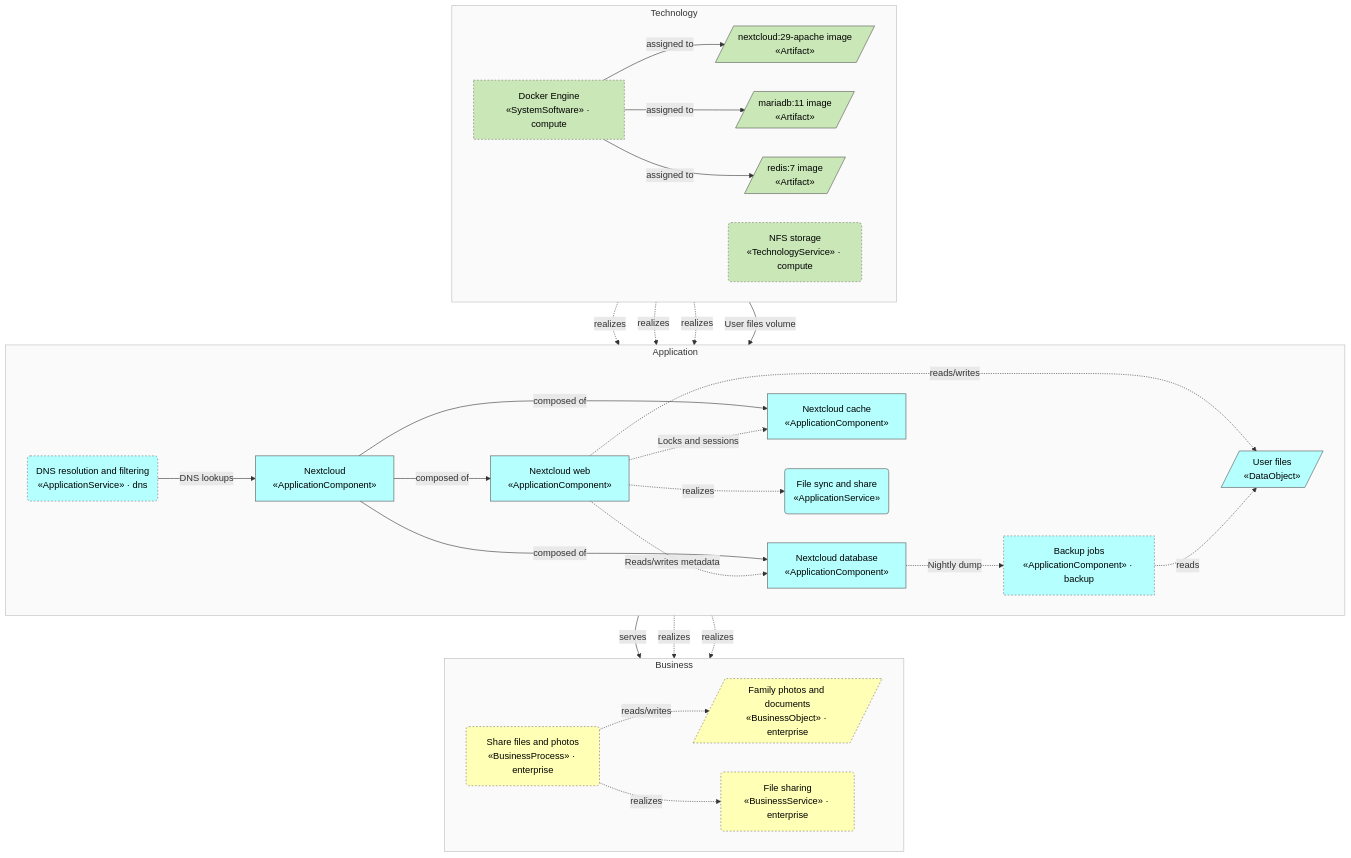
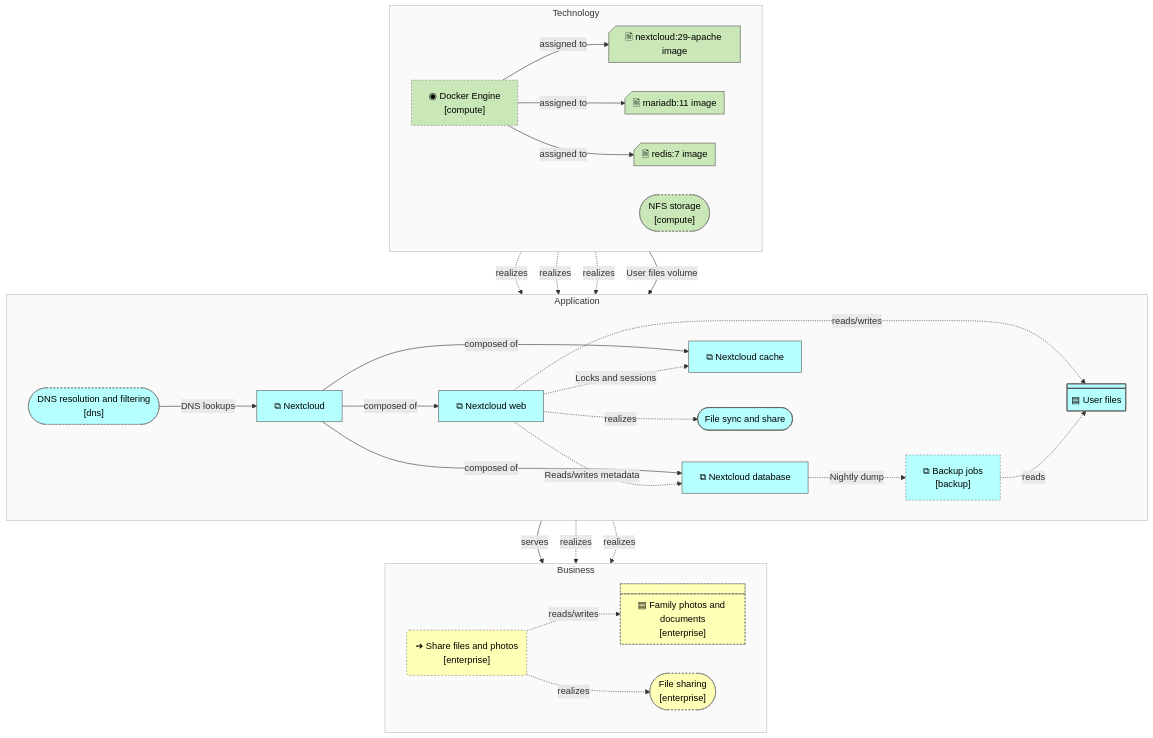
One commit to b-zig/a4m changed the second of 3 diagrams in docs/nextcloud/view-layered.md. Above: the diagram before and after it, drawn with Mermaid. The commit also changed other lines of this file and 15 other files, not shown here.

First line of the commit message:
Approximate ArchiMate notation in Mermaid flowcharts

````diff
--- a/docs/nextcloud/view-layered.md
+++ b/docs/nextcloud/view-layered.md
@@ -81,61 +83,61 @@
 ```mermaid
 flowchart TB
   subgraph layer_business["Business"]
     direction LR
-    enterprise__bus_obj_photos[/"Family photos and documents<br/>«BusinessObject» · enterprise"/]
-    enterprise__bus_proc_share("Share files and photos<br/>«BusinessProcess» · enterprise")
-    enterprise__bus_svc_file_sharing("File sharing<br/>«BusinessService» · enterprise")
+    enterprise__bus_obj_photos@{ shape: div-rect, label: "▤ Family photos and documents<br/>[enterprise]" }
+    enterprise__bus_proc_share@{ shape: rounded, label: "➔ Share files and photos<br/>[enterprise]" }
+    enterprise__bus_svc_file_sharing@{ shape: stadium, label: "File sharing<br/>[enterprise]" }
   end
   subgraph layer_application["Application"]
     direction LR
-    app_nextcloud["Nextcloud<br/>«ApplicationComponent»"]
-    app_nextcloud_web["Nextcloud web<br/>«ApplicationComponent»"]
-    app_nextcloud_db["Nextcloud database<br/>«ApplicationComponent»"]
-    app_nextcloud_cache["Nextcloud cache<br/>«ApplicationComponent»"]
-    app_svc_file_sync("File sync and share<br/>«ApplicationService»")
-    app_data_files[/"User files<br/>«DataObject»"/]
-    backup__app_backup["Backup jobs<br/>«ApplicationComponent» · backup"]
-    dns__app_svc_dns("DNS resolution and filtering<br/>«ApplicationService» · dns")
+    app_nextcloud@{ shape: rect, label: "⧉ Nextcloud" }
+    app_nextcloud_web@{ shape: rect, label: "⧉ Nextcloud web" }
+    app_nextcloud_db@{ shape: rect, label: "⧉ Nextcloud database" }
+    app_nextcloud_cache@{ shape: rect, label: "⧉ Nextcloud cache" }
+    app_svc_file_sync@{ shape: stadium, label: "File sync and share" }
+    app_data_files@{ shape: div-rect, label: "▤ User files" }
+    backup__app_backup@{ shape: rect, label: "⧉ Backup jobs<br/>[backup]" }
+    dns__app_svc_dns@{ shape: stadium, label: "DNS resolution and filtering<br/>[dns]" }
   end
   subgraph layer_technology["Technology"]
     direction LR
-    tech_art_nextcloud[/"nextcloud:29-apache image<br/>«Artifact»"/]
-    tech_art_mariadb[/"mariadb:11 image<br/>«Artifact»"/]
-    tech_art_redis[/"redis:7 image<br/>«Artifact»"/]
-    compute__tech_docker["Docker Engine<br/>«SystemSoftware» · compute"]
-    compute__tech_svc_nfs("NFS storage<br/>«TechnologyService» · compute")
+    tech_art_nextcloud@{ shape: notch-rect, label: "🗎 nextcloud:29-apache image" }
+    tech_art_mariadb@{ shape: notch-rect, label: "🗎 mariadb:11 image" }
+    tech_art_redis@{ shape: notch-rect, label: "🗎 redis:7 image" }
+    compute__tech_docker@{ shape: rect, label: "◉ Docker Engine<br/>[compute]" }
+    compute__tech_svc_nfs@{ shape: stadium, label: "NFS storage<br/>[compute]" }
   end
   app_nextcloud -->|"composed of"| app_nextcloud_web
   app_nextcloud -->|"composed of"| app_nextcloud_db
   app_nextcloud -->|"composed of"| app_nextcloud_cache
   app_nextcloud_web -.->|"realizes"| app_svc_file_sync
   app_nextcloud_web -.->|"Reads/writes metadata"| app_nextcloud_db
   app_nextcloud_web -.->|"Locks and sessions"| app_nextcloud_cache
   app_nextcloud_web -.->|"reads/writes"| app_data_files
   app_svc_file_sync -->|"serves"| enterprise__bus_proc_share
   app_svc_file_sync -.->|"realizes"| enterprise__bus_svc_file_sharing
   app_data_files -.->|"realizes"| enterprise__bus_obj_photos
   dns__app_svc_dns -->|"DNS lookups"| app_nextcloud
   compute__tech_docker -->|"assigned to"| tech_art_nextcloud
   compute__tech_docker -->|"assigned to"| tech_art_mariadb
   compute__tech_docker -->|"assigned to"| tech_art_redis
   tech_art_nextcloud -.->|"realizes"| app_nextcloud_web
   tech_art_mariadb -.->|"realizes"| app_nextcloud_db
   tech_art_redis -.->|"realizes"| app_nextcloud_cache
   compute__tech_svc_nfs -->|"User files volume"| app_nextcloud_web
   backup__app_backup -.->|"reads"| app_data_files
   app_nextcloud_db -.->|"Nightly dump"| backup__app_backup
   enterprise__bus_proc_share -.->|"realizes"| enterprise__bus_svc_file_sharing
   enterprise__bus_proc_share -.->|"reads/writes"| enterprise__bus_obj_photos
   classDef business fill:#FFFFB5,stroke:#555,color:#000
   class enterprise__bus_obj_photos,enterprise__bus_proc_share,enterprise__bus_svc_file_sharing business
   style layer_business fill:#fafafa,stroke:#bbb
   classDef application fill:#B5FFFF,stroke:#555,color:#000
   class app_nextcloud,app_nextcloud_web,app_nextcloud_db,app_nextcloud_cache,app_svc_file_sync,app_data_files,backup__app_backup,dns__app_svc_dns application
   style layer_application fill:#fafafa,stroke:#bbb
   classDef technology fill:#C9E7B7,stroke:#555,color:#000
   class tech_art_nextcloud,tech_art_mariadb,tech_art_redis,compute__tech_docker,compute__tech_svc_nfs technology
   style layer_technology fill:#fafafa,stroke:#bbb
   classDef foreign stroke:#777,stroke-dasharray:3 3
   class backup__app_backup,compute__tech_docker,compute__tech_svc_nfs,dns__app_svc_dns,enterprise__bus_obj_photos,enterprise__bus_proc_share,enterprise__bus_svc_file_sharing foreign
 ```
````
